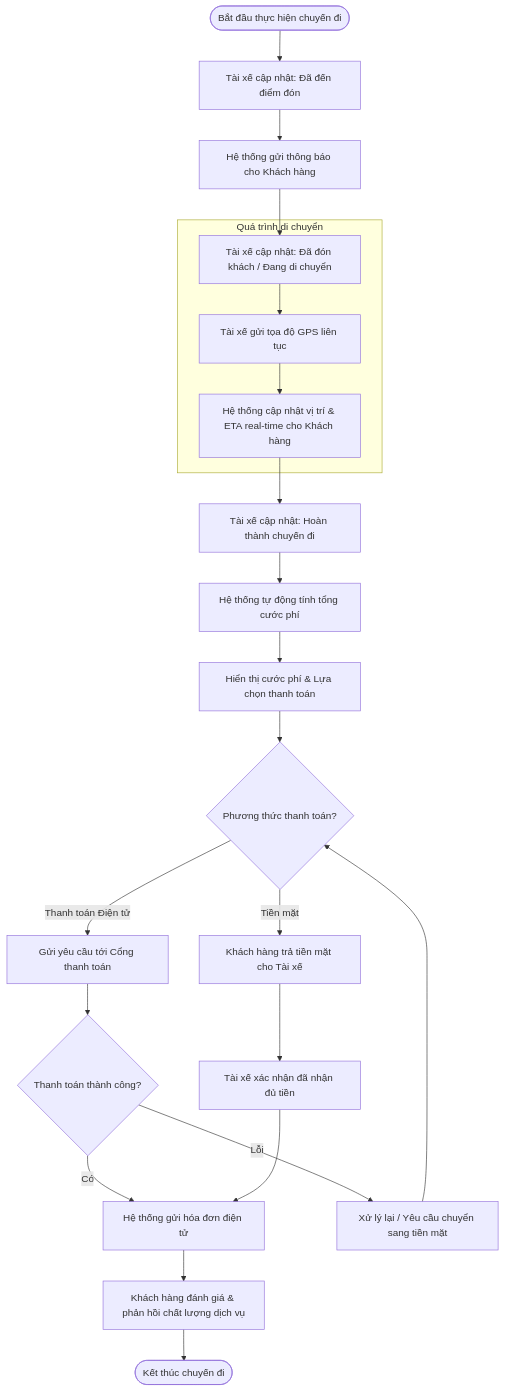
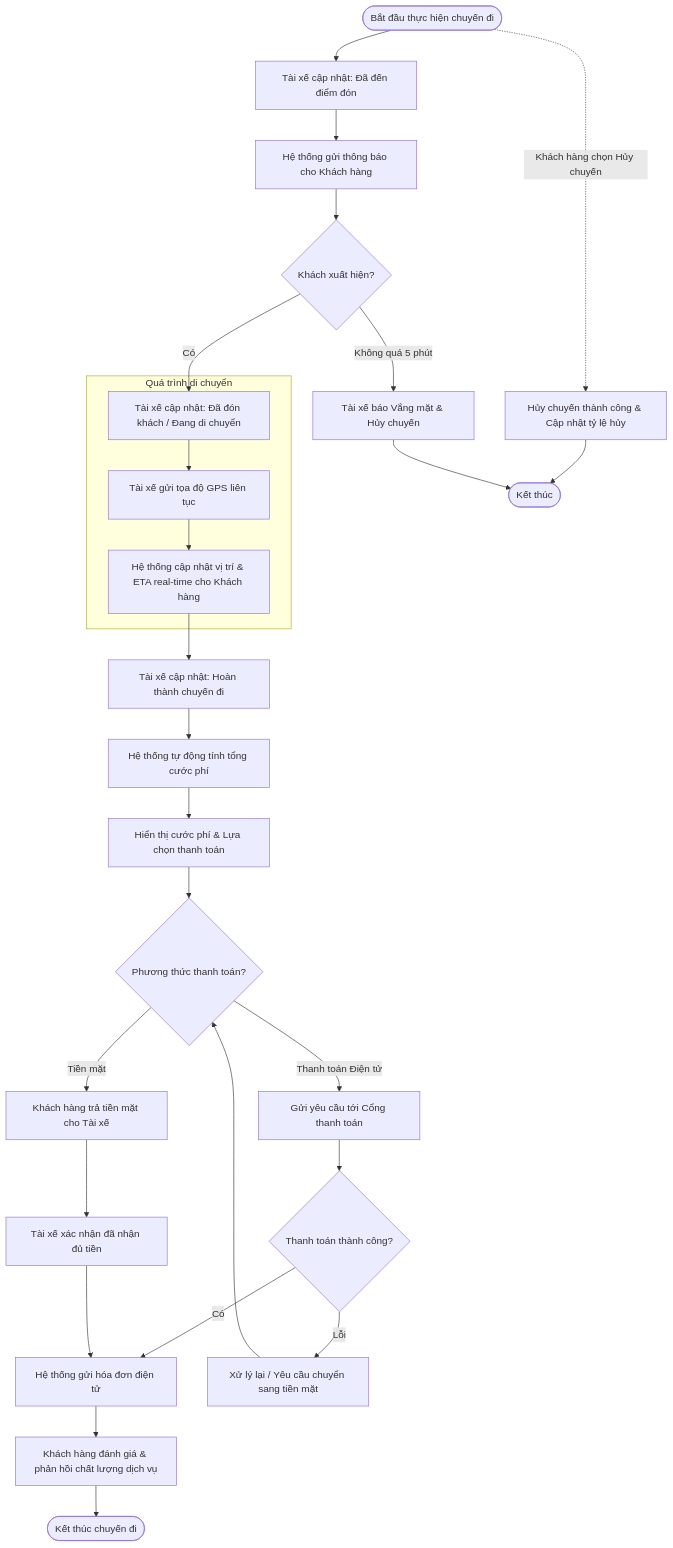
Before and after one commit to thanhthunguyen1462005-hub/23674241_NguyenThanhThu_CABSYSTEM: the third of 5 diagrams in srs.md, drawn with Mermaid. The commit also changed other lines of this file, not shown here.

````diff
--- a/srs.md
+++ b/srs.md
@@ -108,31 +110,41 @@
 ```mermaid
 flowchart TD
     Transition([Bắt đầu thực hiện chuyến đi]) --> DriverArrive[Tài xế cập nhật: Đã đến điểm đón]
+    
+    %% Nhánh rẽ: Khách hàng hủy chuyến
+    Transition -. Khách hàng chọn Hủy chuyến .-> CancelTrip[Hủy chuyến thành công & Cập nhật tỷ lệ hủy]
+    CancelTrip --> EndCancel([Kết thúc])
+
     DriverArrive --> NotifyArrived[Hệ thống gửi thông báo cho Khách hàng]
     
-    NotifyArrived --> StartTrip[Tài xế cập nhật: Đã đón khách / Đang di chuyển]
+    %% Nhánh rẽ: Khách không xuất hiện
+    NotifyArrived --> CheckNoShow{Khách xuất hiện?}
+    CheckNoShow -- Không quá 5 phút --> DriverCancel[Tài xế báo Vắng mặt & Hủy chuyến]
+    DriverCancel --> EndCancel
+    
+    CheckNoShow -- Có --> StartTrip[Tài xế cập nhật: Đã đón khách / Đang di chuyển]
     
     subgraph RealTimeTracking [Quá trình di chuyển]
         StartTrip --> GPSUpdate[Tài xế gửi tọa độ GPS liên tục]
         GPSUpdate --> ShowETA[Hệ thống cập nhật vị trí & ETA real-time cho Khách hàng]
     end
 
     ShowETA --> FinishTrip[Tài xế cập nhật: Hoàn thành chuyến đi]
     FinishTrip --> CalcFare[Hệ thống tự động tính tổng cước phí]
     CalcFare --> ShowFare[Hiển thị cước phí & Lựa chọn thanh toán]
 
     ShowFare --> PaymentMethod{Phương thức thanh toán?}
 
     PaymentMethod -- Thanh toán Điện tử --> Gateway[Gửi yêu cầu tới Cổng thanh toán]
     Gateway --> CheckPay{Thanh toán thành công?}
     CheckPay -- Có --> IssueInvoice[Hệ thống gửi hóa đơn điện tử]
     CheckPay -- Lỗi --> RetryPay[Xử lý lại / Yêu cầu chuyển sang tiền mặt]
     RetryPay --> PaymentMethod
 
     PaymentMethod -- Tiền mặt --> CashPay[Khách hàng trả tiền mặt cho Tài xế]
     CashPay --> ConfirmCash[Tài xế xác nhận đã nhận đủ tiền]
     ConfirmCash --> IssueInvoice
 
     IssueInvoice --> Rating[Khách hàng đánh giá & phản hồi chất lượng dịch vụ]
     Rating --> EndTrip([Kết thúc chuyến đi])
 ```
````
